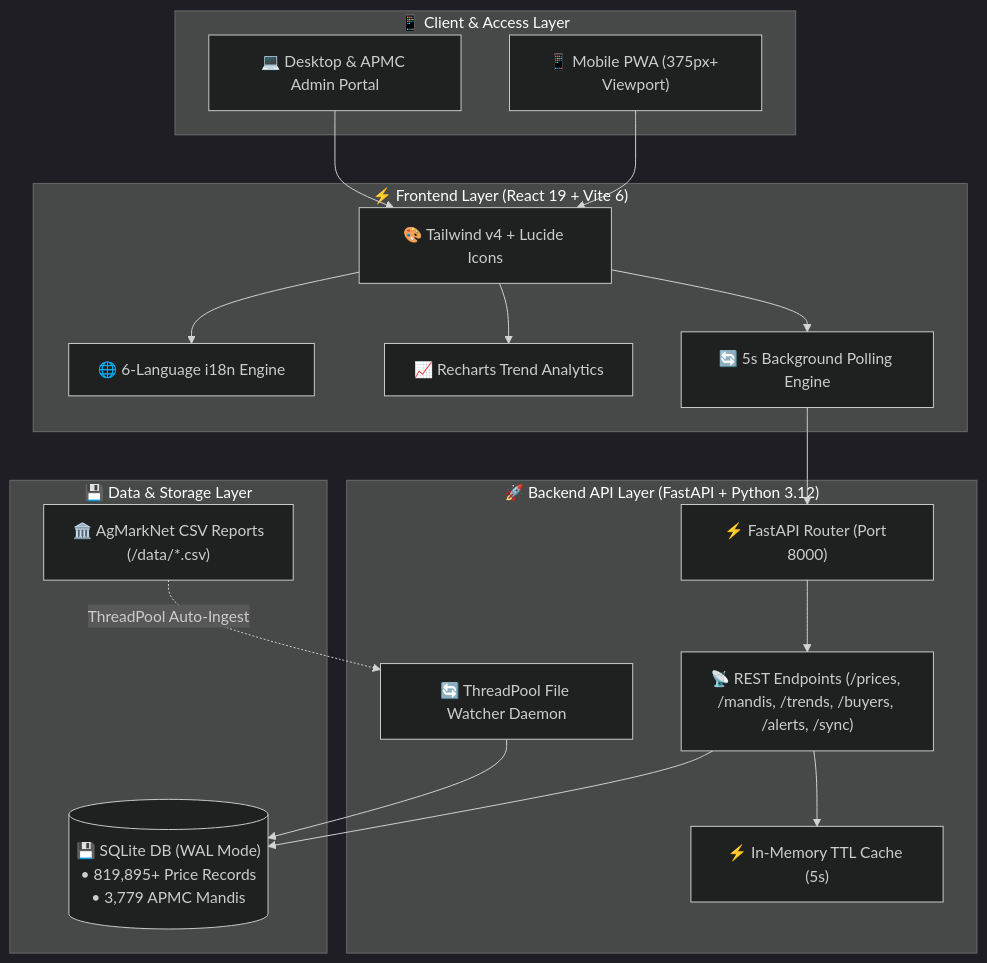
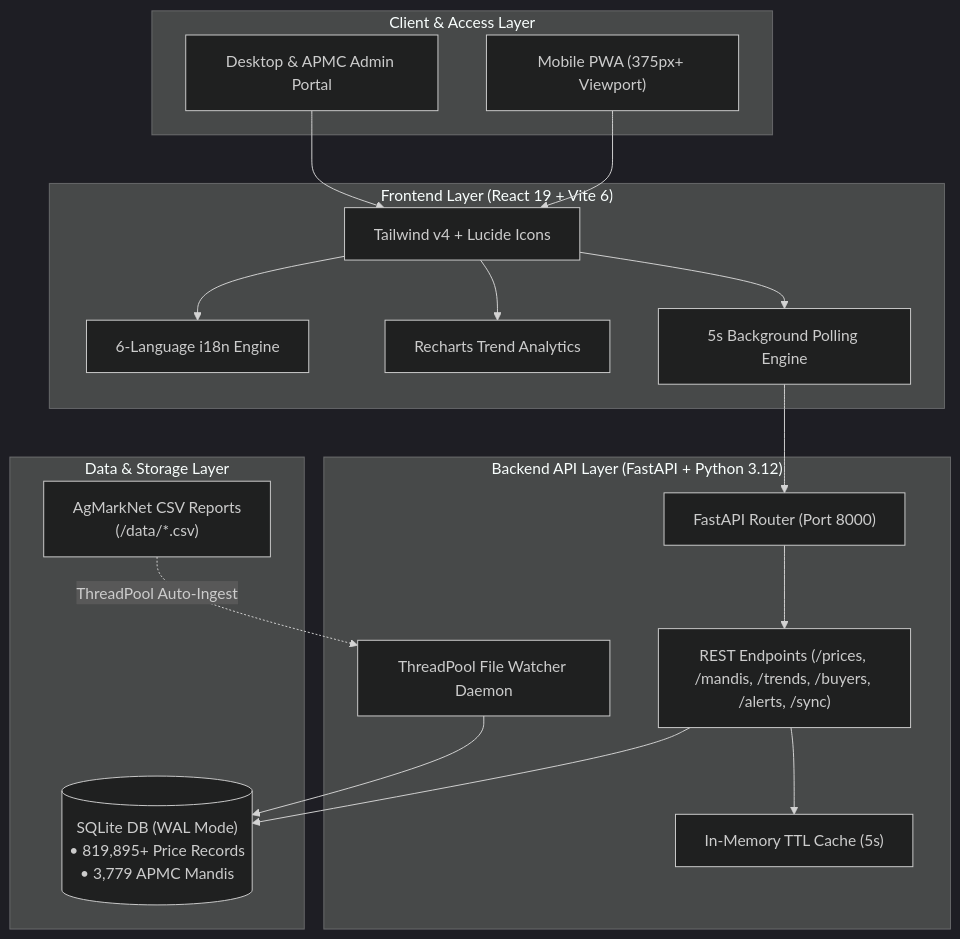
The diagram in README.md (mfscpayload-690/KisanMandi-Agri), drawn with Mermaid (dark theme) before and after one commit. The commit also changed other lines of this file, not shown here.

````diff
--- a/README.md
+++ b/README.md
@@ -40,38 +40,38 @@
 ```mermaid
 flowchart TD
-    subgraph Client ["📱 Client & Access Layer"]
-        Mobile["📱 Mobile PWA (375px+ Viewport)"]
-        Desktop["💻 Desktop & APMC Admin Portal"]
+    subgraph Client ["Client & Access Layer"]
+        Mobile["Mobile PWA (375px+ Viewport)"]
+        Desktop["Desktop & APMC Admin Portal"]
     end
 
-    subgraph Frontend ["⚡ Frontend Layer (React 19 + Vite 6)"]
-        UI["🎨 Tailwind v4 + Lucide Icons"]
-        i18n["🌐 6-Language i18n Engine"]
-        Recharts["📈 Recharts Trend Analytics"]
-        SyncEngine["🔄 5s Background Polling Engine"]
+    subgraph Frontend ["Frontend Layer (React 19 + Vite 6)"]
+        UI["Tailwind v4 + Lucide Icons"]
+        i18n["6-Language i18n Engine"]
+        Recharts["Recharts Trend Analytics"]
+        SyncEngine["5s Background Polling Engine"]
     end
 
-    subgraph Backend ["🚀 Backend API Layer (FastAPI + Python 3.12)"]
-        APIGateway["⚡ FastAPI Router (Port 8000)"]
-        Routers["📡 REST Endpoints (/prices, /mandis, /trends, /buyers, /alerts, /sync)"]
-        TTLCache["⚡ In-Memory TTL Cache (5s)"]
-        WatcherDaemon["🔄 ThreadPool File Watcher Daemon"]
+    subgraph Backend ["Backend API Layer (FastAPI + Python 3.12)"]
+        APIGateway["FastAPI Router (Port 8000)"]
+        Routers["REST Endpoints (/prices, /mandis, /trends, /buyers, /alerts, /sync)"]
+        TTLCache["In-Memory TTL Cache (5s)"]
+        WatcherDaemon["ThreadPool File Watcher Daemon"]
     end
 
-    subgraph Data ["💾 Data & Storage Layer"]
-        SQLiteDB[("💾 SQLite DB (WAL Mode)<br/>• 819,895+ Price Records<br/>• 3,779 APMC Mandis")]
-        AgMarkNetCSV["🏛️ AgMarkNet CSV Reports<br/>(/data/*.csv)"]
+    subgraph Data ["Data & Storage Layer"]
+        SQLiteDB[("SQLite DB (WAL Mode)<br/>• 819,895+ Price Records<br/>• 3,779 APMC Mandis")]
+        AgMarkNetCSV["AgMarkNet CSV Reports<br/>(/data/*.csv)"]
     end
 
     Mobile --> UI
     Desktop --> UI
     UI --> i18n
     UI --> Recharts
     UI --> SyncEngine
     SyncEngine --> APIGateway
     APIGateway --> Routers
     Routers --> TTLCache
     Routers --> SQLiteDB
     AgMarkNetCSV -. "ThreadPool Auto-Ingest" .-> WatcherDaemon
     WatcherDaemon --> SQLiteDB
 ```
````
